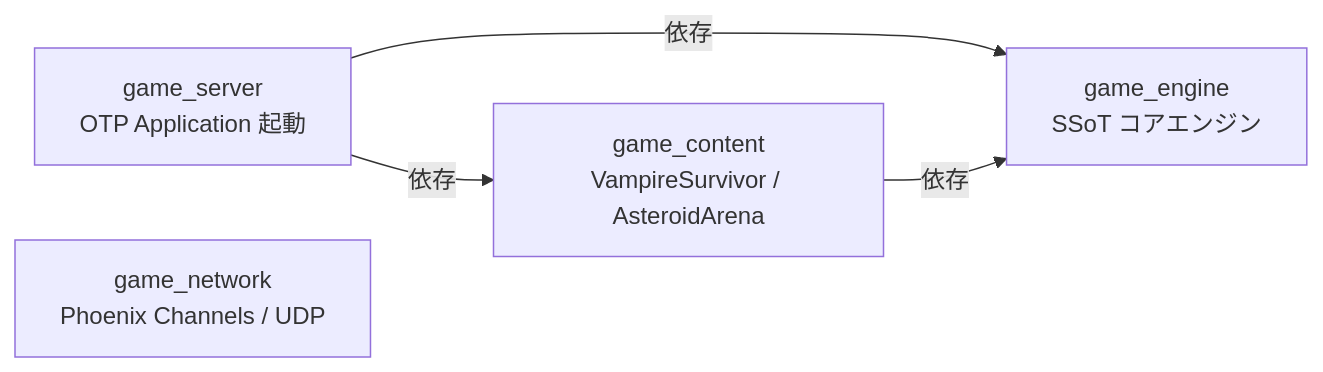
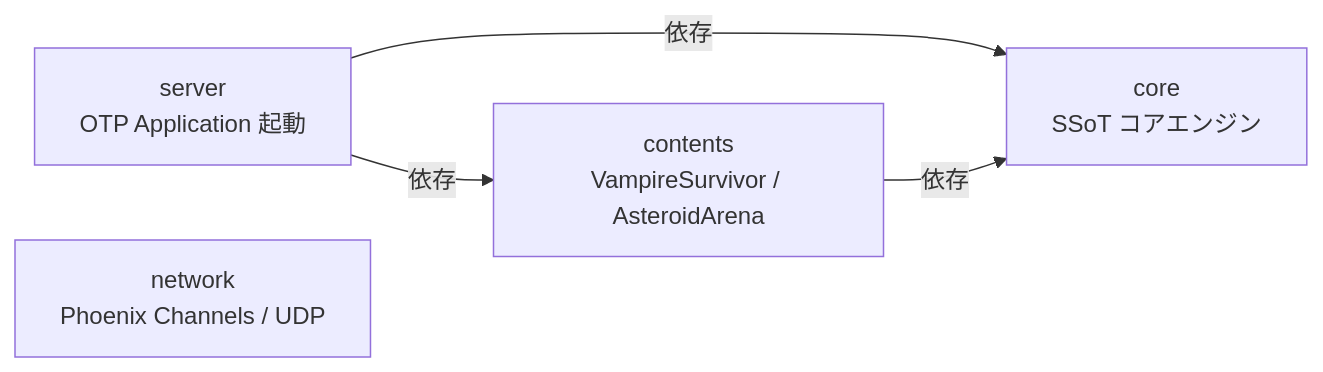
One commit to FRICK-ELDY/alchemy-engine changed the first of 5 diagrams in docs/elixir-layer.md. Above: the diagram before and after it, drawn with Mermaid. The commit also changed other lines of this file and 13 other files, not shown here.

Commit message:
refactor: content-engine rename Phase 6 — CI・docs・rules の旧名称を新名称に統一

````diff
--- a/docs/elixir-layer.md
+++ b/docs/elixir-layer.md
@@ -11,11 +11,11 @@
 ```mermaid
 graph LR
-    GS[game_server<br/>OTP Application 起動]
-    GE[game_engine<br/>SSoT コアエンジン]
-    GC[game_content<br/>VampireSurvivor / AsteroidArena]
-    GN[game_network<br/>Phoenix Channels / UDP]
+    GS[server<br/>OTP Application 起動]
+    GE[core<br/>SSoT コアエンジン]
+    GC[contents<br/>VampireSurvivor / AsteroidArena]
+    GN[network<br/>Phoenix Channels / UDP]
 
     GS -->|依存| GE
     GS -->|依存| GC
     GC -->|依存| GE
 ```
````
